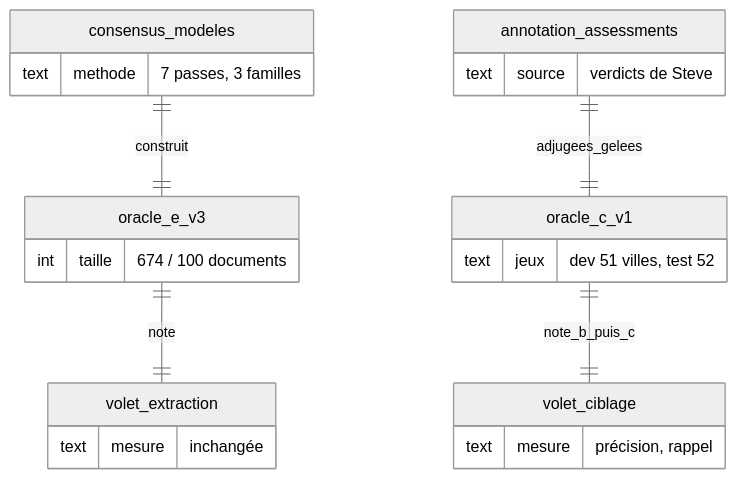
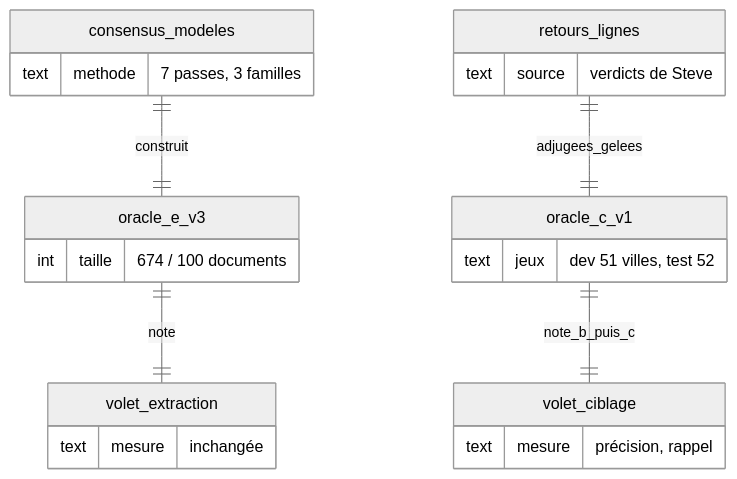
Before and after one commit to rhanka/radar-immobilier: diagram 13 of 19 in docs/spec/reports/dossier-retours-steve/DOSSIER_DECISION_RETOURS_STEVE_2026-10-03.md, drawn with Mermaid (neutral theme). The commit also changed other lines of this file and 38 other files, not shown here.

````diff
--- a/docs/spec/reports/dossier-retours-steve/DOSSIER_DECISION_RETOURS_STEVE_2026-10-03.md
+++ b/docs/spec/reports/dossier-retours-steve/DOSSIER_DECISION_RETOURS_STEVE_2026-10-03.md
@@ -1111,25 +1168,25 @@
 ```mermaid
 erDiagram
     consensus_modeles ||--|| oracle_e_v3 : construit
-    annotation_assessments ||--|| oracle_c_v1 : adjugees_gelees
+    retours_lignes ||--|| oracle_c_v1 : adjugees_gelees
     oracle_e_v3 ||--|| volet_extraction : note
     oracle_c_v1 ||--|| volet_ciblage : note_b_puis_c
     consensus_modeles {
       text methode "7 passes, 3 familles"
     }
-    annotation_assessments {
+    retours_lignes {
       text source "verdicts de Steve"
     }
     oracle_e_v3 {
       int taille "674 / 100 documents"
     }
     oracle_c_v1 {
       text jeux "dev 51 villes, test 52"
     }
     volet_extraction {
       text mesure "inchangée"
     }
     volet_ciblage {
       text mesure "précision, rappel"
     }
 ```
````
